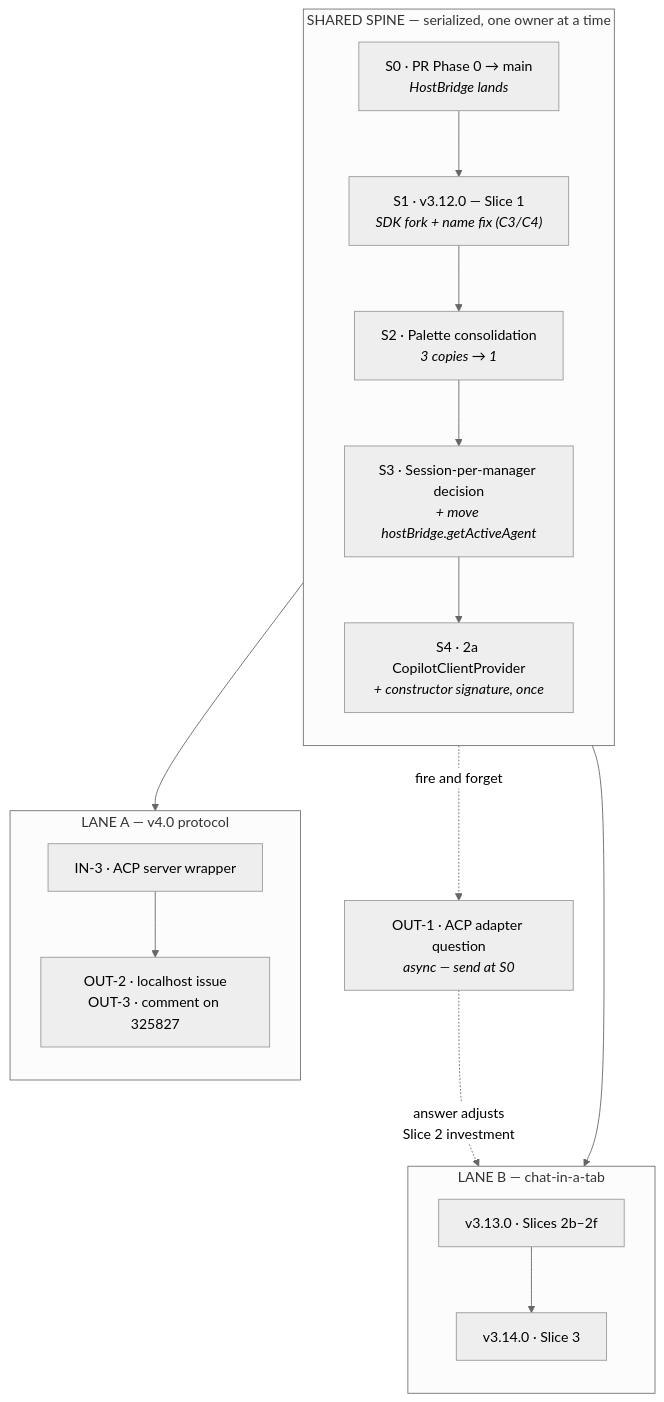
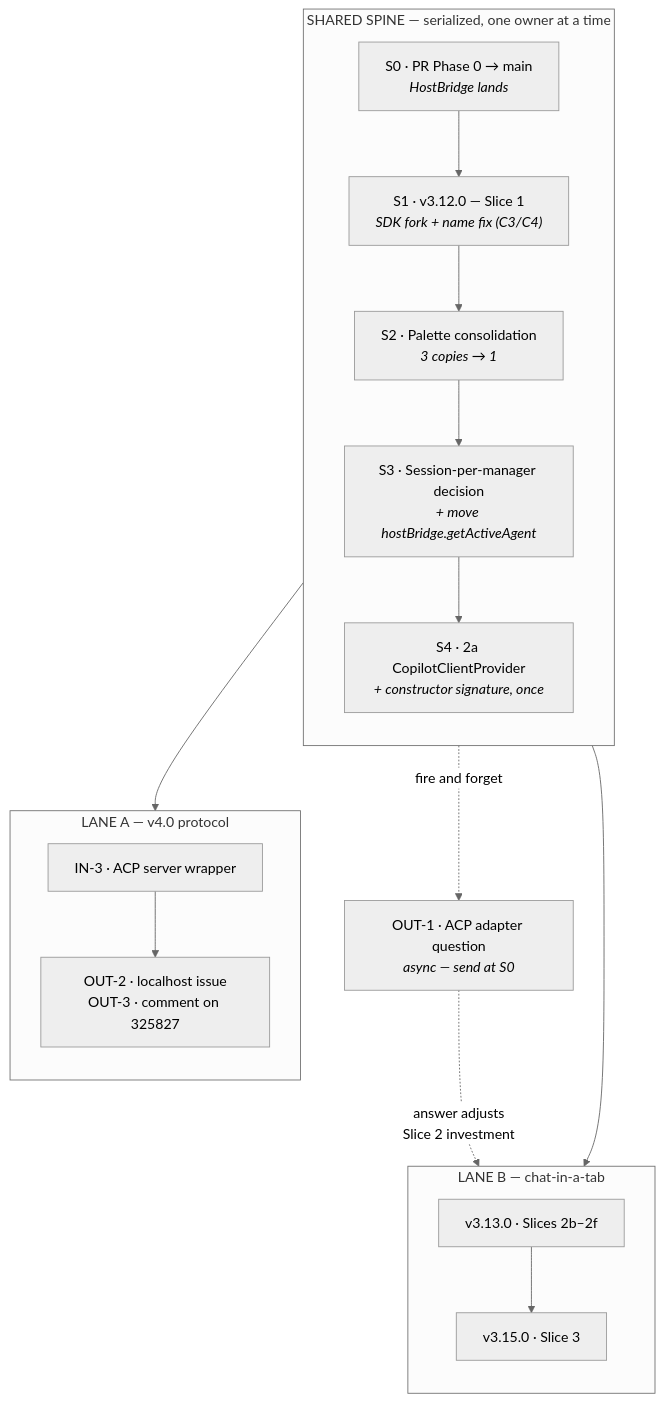
The diagram in planning/acp-ahp-chat-tabs-dual-stream-work-order.md (darthmolen/vscode-extension-copilot-cli), drawn with Mermaid (neutral theme) before and after one commit. The commit also changed other lines of this file, not shown here.

First line of the commit message:
docs: v3.14.0 goes to the ACP agent, Slice 3 becomes v3.15.0

````diff
--- a/planning/acp-ahp-chat-tabs-dual-stream-work-order.md
+++ b/planning/acp-ahp-chat-tabs-dual-stream-work-order.md
@@ -18,25 +18,25 @@
 ```mermaid
 flowchart TD
     subgraph SPINE["SHARED SPINE — serialized, one owner at a time"]
         direction TB
         S0["S0 · PR Phase 0 → main<br/><i>HostBridge lands</i>"]
         S1["S1 · v3.12.0 — Slice 1<br/><i>SDK fork + name fix (C3/C4)</i>"]
         S2["S2 · Palette consolidation<br/><i>3 copies → 1</i>"]
         S3["S3 · Session-per-manager decision<br/><i>+ move hostBridge.getActiveAgent</i>"]
         S4["S4 · 2a CopilotClientProvider<br/><i>+ constructor signature, once</i>"]
         S0 --> S1 --> S2 --> S3 --> S4
     end
     OUT1["OUT-1 · ACP adapter question<br/><i>async — send at S0</i>"]
     S0 -.->|fire and forget| OUT1
     S4 --> A1
     S4 --> B1
     subgraph LANEA["LANE A — v4.0 protocol"]
         direction TB
         A1["IN-3 · ACP server wrapper"] --> A2["OUT-2 · localhost issue<br/>OUT-3 · comment on 325827"]
     end
     subgraph LANEB["LANE B — chat-in-a-tab"]
         direction TB
-        B1["v3.13.0 · Slices 2b–2f"] --> B2["v3.14.0 · Slice 3"]
+        B1["v3.13.0 · Slices 2b–2f"] --> B2["v3.15.0 · Slice 3"]
     end
     OUT1 -.->|answer adjusts<br/>Slice 2 investment| B1
 ```
````
